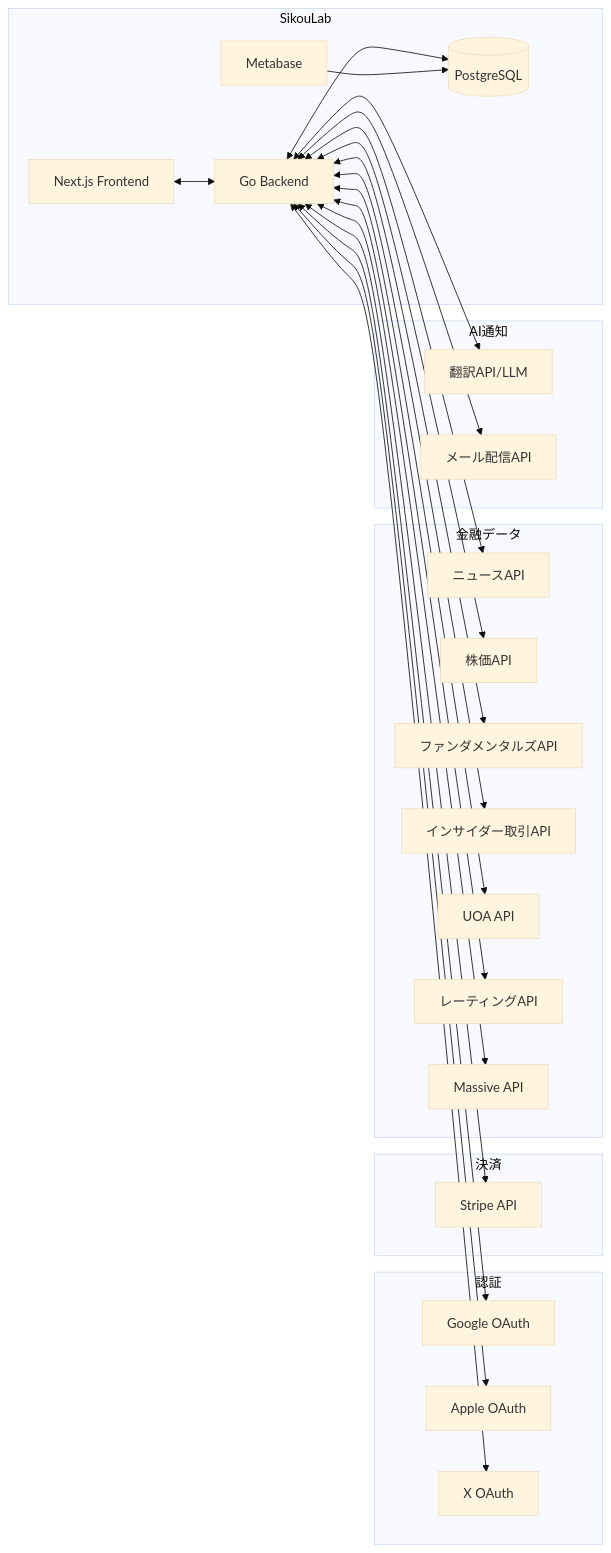
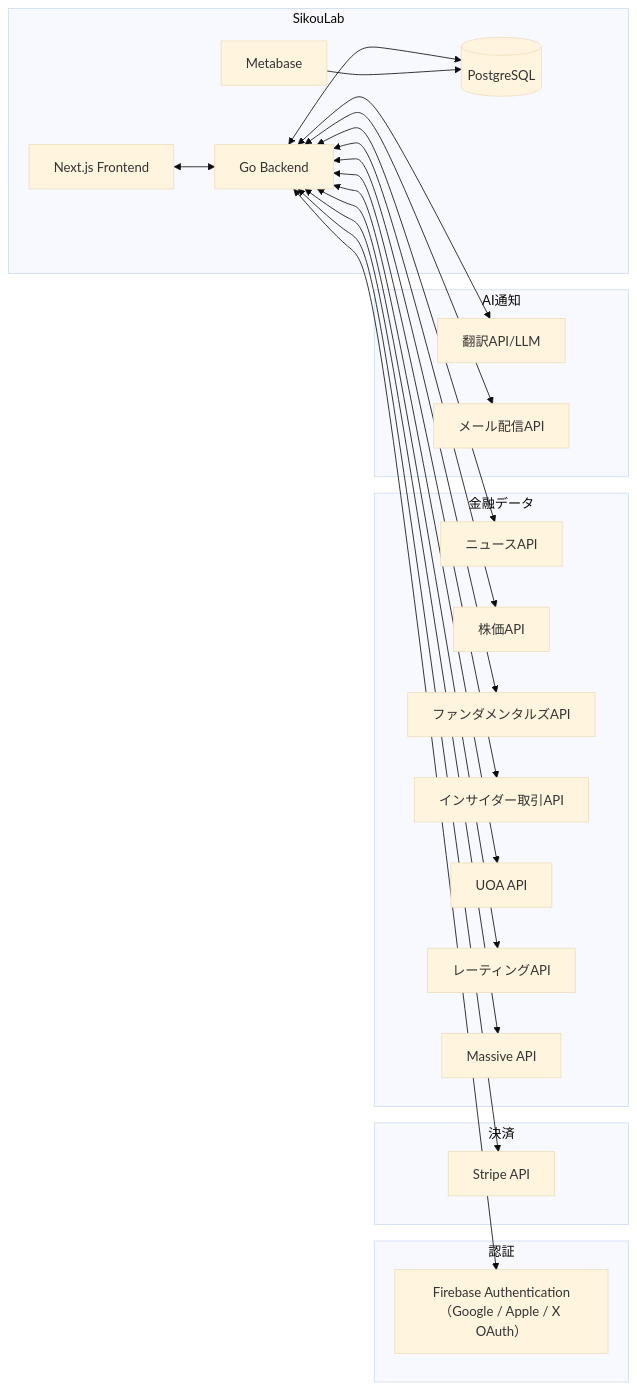
Before and after one commit to RRRRRRR-777/SikouLab: the third of 3 diagrams in docs/versions/1_0_0/system-design.md, drawn with Mermaid (base theme). The commit also changed other lines of this file and 1 other file, not shown here.

Commit message:
docs: Firebase Auth統合とNode.jsバージョン表記の修正
- system-design.md: Google/Apple/X OAuthをFirebase Authentication（Firebase Auth経由）に統合
- setup.md: Node.js v24のバージョン表記を簡略化

````diff
--- a/docs/versions/1_0_0/system-design.md
+++ b/docs/versions/1_0_0/system-design.md
@@ -460,53 +458,49 @@
 ```mermaid
 flowchart LR
     subgraph SikouLab
         Frontend[Next.js Frontend]
         Backend[Go Backend]
         DB[(PostgreSQL)]
         Metabase[Metabase]
     end
 
     subgraph 認証
-        Google[Google OAuth]
-        Apple[Apple OAuth]
-        XAuth[X OAuth]
+        FirebaseAuth[Firebase Authentication<br/>（Google / Apple / X OAuth）]
     end
 
     subgraph 決済
         Stripe[Stripe API]
     end
 
     subgraph 金融データ
         NewsAPI[ニュースAPI]
         StockAPI[株価API]
         FundaAPI[ファンダメンタルズAPI]
         InsiderAPI[インサイダー取引API]
         UOAAPI[UOA API]
         RatingAPI[レーティングAPI]
         MassiveAPI[Massive API]
     end
 
     subgraph AI通知
         TranslateAPI[翻訳API/LLM]
         EmailAPI[メール配信API]
     end
 
     Frontend <--> Backend
     Backend <--> DB
     Metabase --> DB
 
-    Backend <--> Google
-    Backend <--> Apple
-    Backend <--> XAuth
+    Backend <--> FirebaseAuth
     Backend <--> Stripe
 
     Backend <--> NewsAPI
     Backend <--> StockAPI
     Backend <--> FundaAPI
     Backend <--> InsiderAPI
     Backend <--> UOAAPI
     Backend <--> RatingAPI
     Backend <--> MassiveAPI
     Backend <--> TranslateAPI
     Backend <--> EmailAPI
 ```
````
